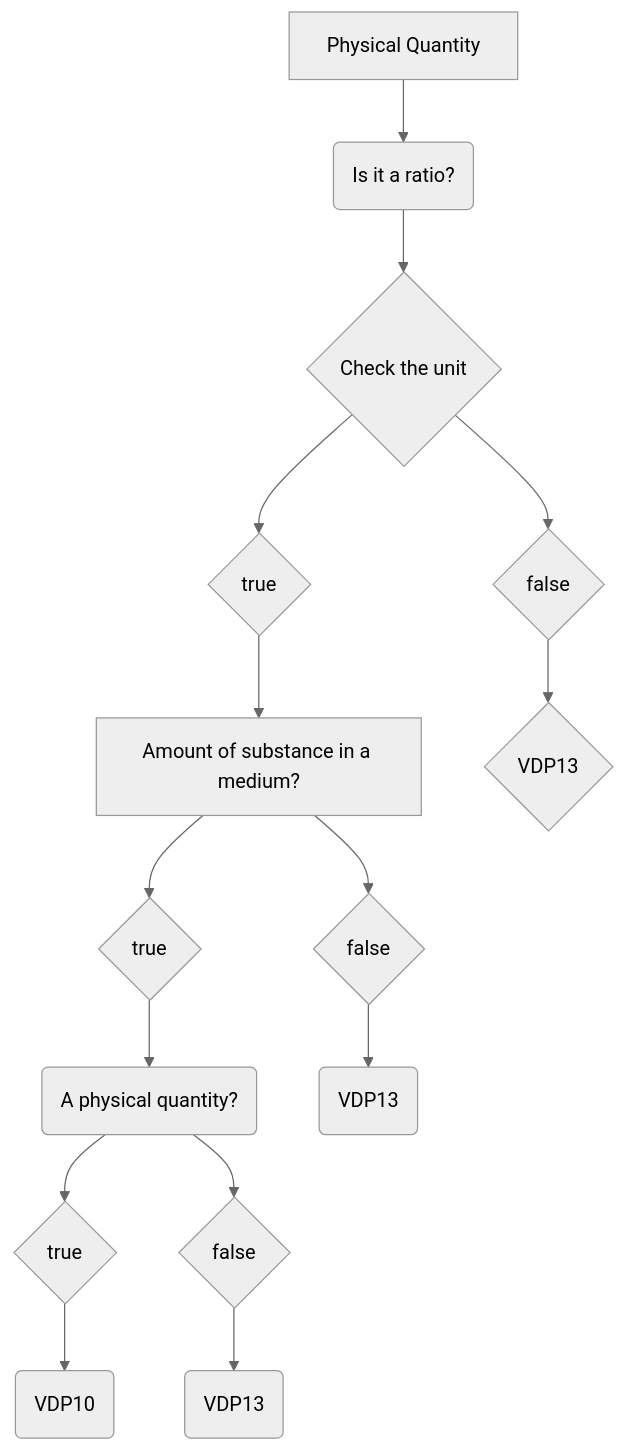
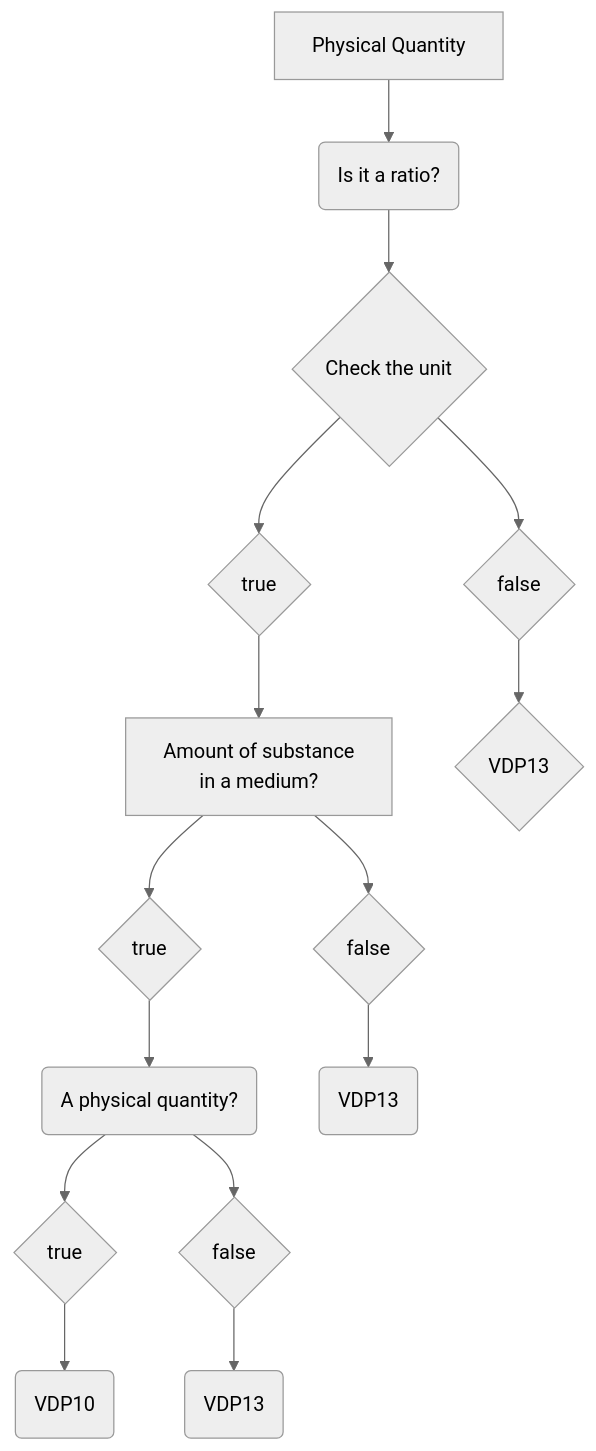
One commit to mabablue/I-ADOPT-patterns-playground changed the diagram in Decisition_trees/DT2.mmd. Above: the diagram before and after it, drawn with Mermaid (neutral theme).

```diff
--- a/Decisition_trees/DT2.mmd
+++ b/Decisition_trees/DT2.mmd
@@ -1,15 +1,15 @@
 flowchart TD
     A[Physical Quantity] --> B(Is it a ratio?)
     B --> B1{Check the unit}
     B1 --> C{true}
     B1 --> D{false}
-    C --> E[Amount of substance in a medium?] 
+    C --> E[Amount of substance <br> in a medium?] 
     E --> F{true}
     E --> G{false}
     F --> H(A physical quantity?)
     D --> I{VDP13} 
     G --> J(VDP13)
     H --> L{true}
     L --> M(VDP10)
     H --> N{false}
     N --> O(VDP13)
```
